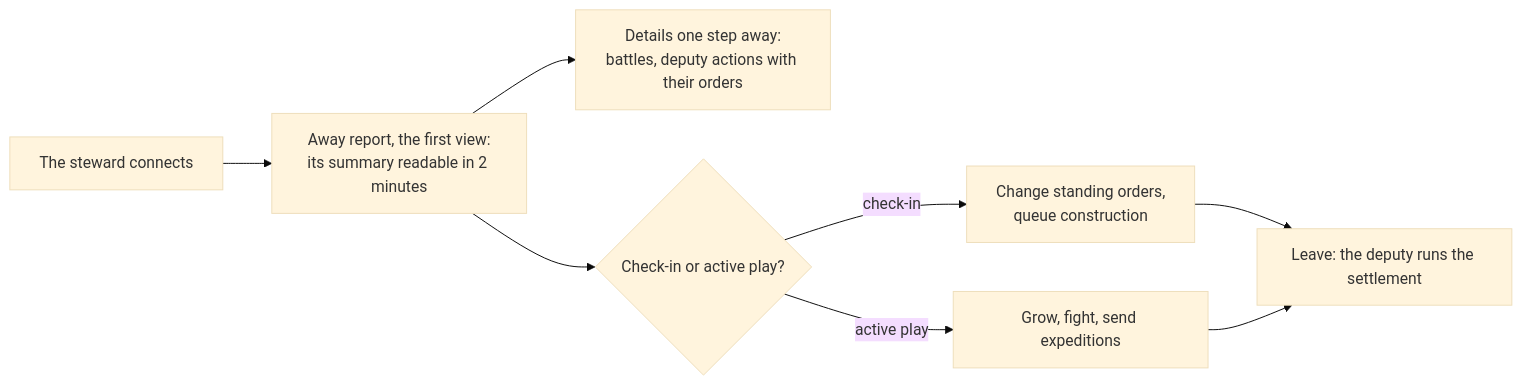
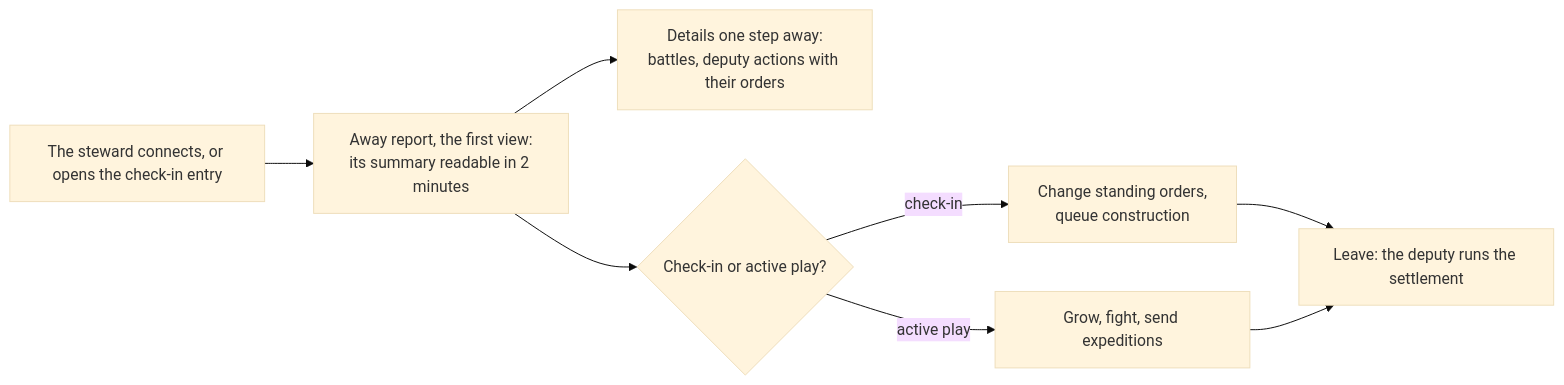
Before and after one commit to Zwaliebaba/Species.AI: the eighth of 8 diagrams in Design/gdd/00_vision_pillars_and_core_loops.md, drawn with Mermaid (base theme). The commit also changed other lines of this file and 6 other files, not shown here.

````diff
--- a/Design/gdd/00_vision_pillars_and_core_loops.md
+++ b/Design/gdd/00_vision_pillars_and_core_loops.md
@@ -513,10 +592,10 @@
 ```mermaid
 flowchart LR
-    CONN["The steward connects"] --> REPO["Away report, the first view:<br/>its summary readable in 2 minutes"]
+    CONN["The steward connects, or opens the check-in entry"] --> REPO["Away report, the first view:<br/>its summary readable in 2 minutes"]
     REPO --> DETL["Details one step away:<br/>battles, deputy actions with their orders"]
     REPO --> CHOO{"Check-in or active play?"}
     CHOO -->|"check-in"| ORDR["Change standing orders,<br/>queue construction"]
     CHOO -->|"active play"| PLAY["Grow, fight, send expeditions"]
     ORDR --> LEAV["Leave: the deputy runs the settlement"]
     PLAY --> LEAV
 ```
````
